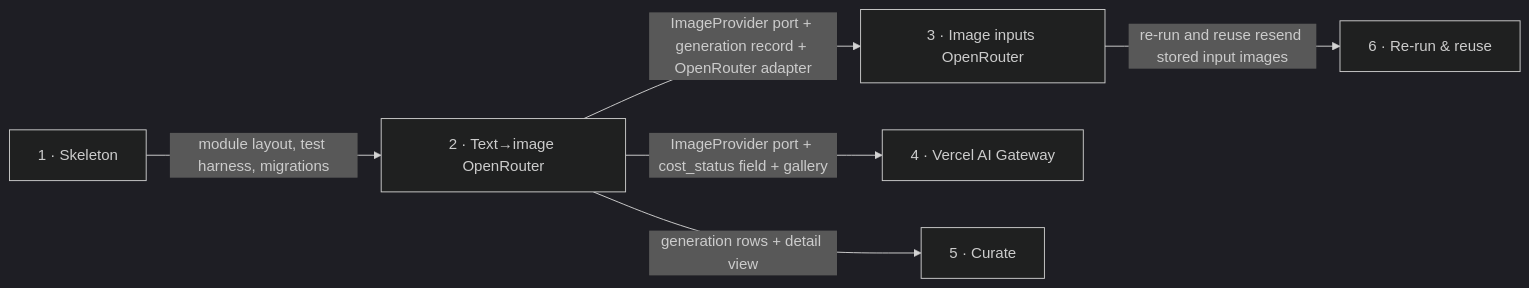
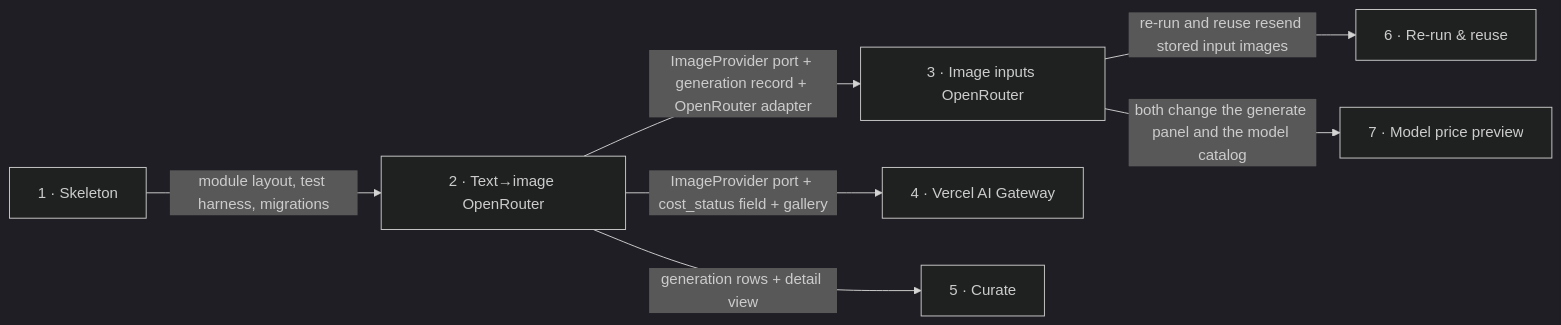
One commit to GopkoDev/gen-img changed the diagram in docs/roadmap.md. Above: the diagram before and after it, drawn with Mermaid (dark theme). The commit also changed other lines of this file, not shown here.

Commit message:
roadmap: add step 7 model price preview

````diff
--- a/docs/roadmap.md
+++ b/docs/roadmap.md
@@ -66,8 +67,9 @@
 ```mermaid
 flowchart LR
   s1["1 · Skeleton"] -->|module layout, test harness, migrations| s2["2 · Text→image OpenRouter"]
   s2 -->|ImageProvider port + generation record + OpenRouter adapter| s3["3 · Image inputs OpenRouter"]
   s2 -->|ImageProvider port + cost_status field + gallery| s4["4 · Vercel AI Gateway"]
   s2 -->|generation rows + detail view| s5["5 · Curate"]
   s3 -->|re-run and reuse resend stored input images| s6["6 · Re-run & reuse"]
+  s3 -->|both change the generate panel and the model catalog| s7["7 · Model price preview"]
 ```
````
